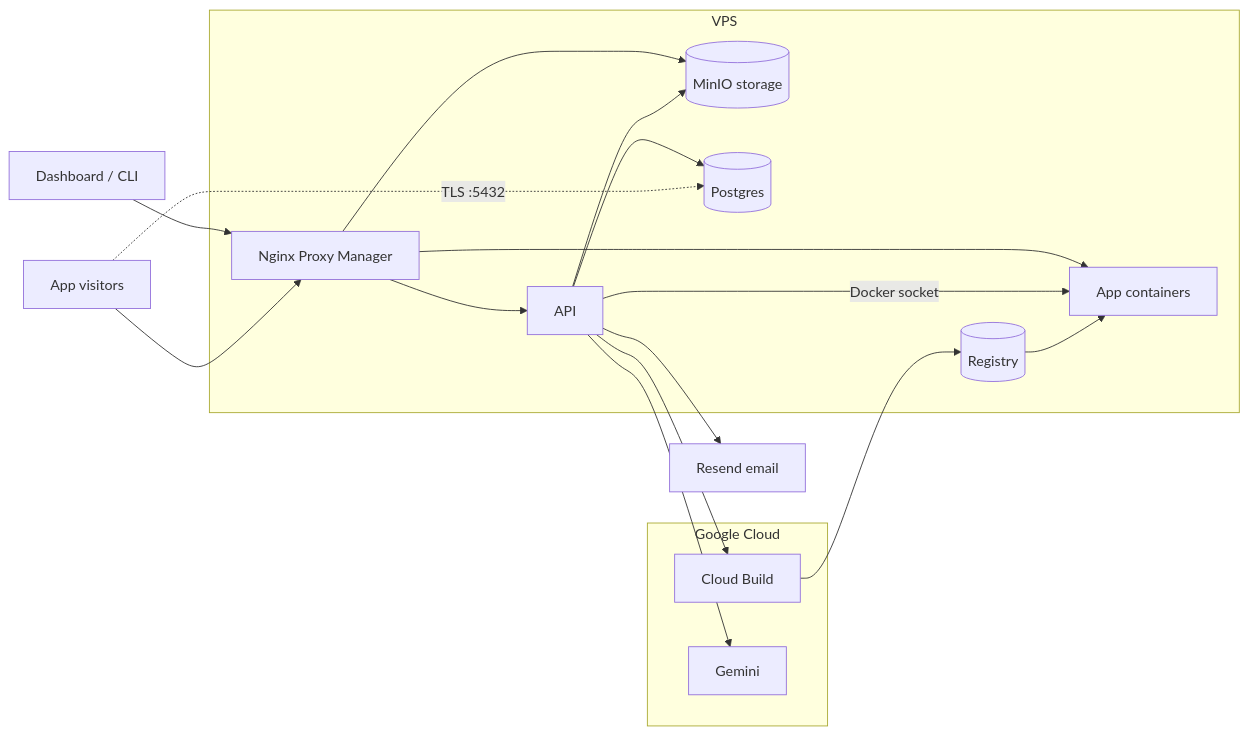
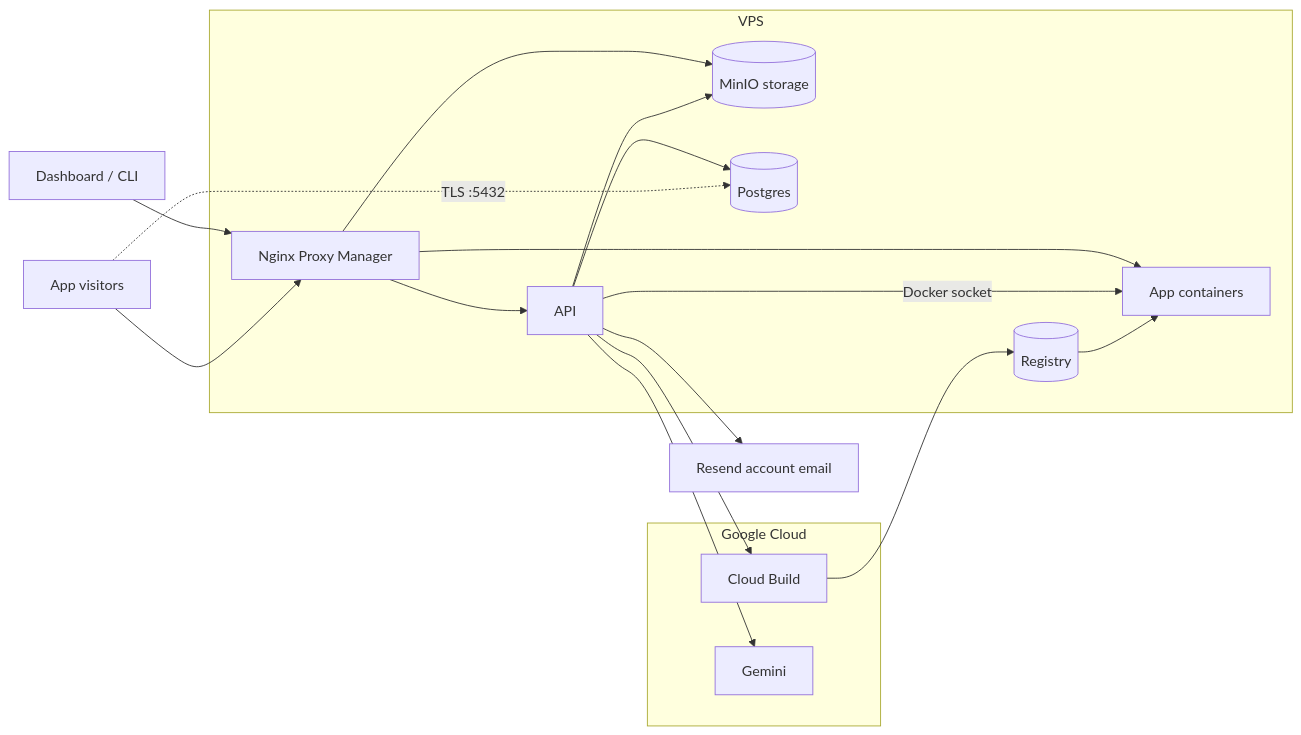
The diagram in README.md (zahinafsar/easyhost), drawn with Mermaid before and after one commit. The commit also changed other lines of this file and 52 other files, not shown here.

````diff
--- a/README.md
+++ b/README.md
@@ -5,26 +5,26 @@
 ```mermaid
 flowchart LR
     User[Dashboard / CLI] --> NPM[Nginx Proxy Manager]
     Visitor[App visitors] --> NPM
 
     subgraph VPS
         NPM --> API[API]
         NPM --> MinIO[(MinIO storage)]
         NPM --> Apps[App containers]
         API --> PG[(Postgres)]
         API --> MinIO
         API -->|Docker socket| Apps
         Registry[(Registry)] --> Apps
     end
 
     subgraph Google Cloud
         GCB[Cloud Build]
         Gemini[Gemini]
     end
 
     API --> GCB
     GCB --> Registry
     API --> Gemini
-    API --> Resend[Resend email]
+    API --> Resend[Resend account email]
     Visitor -.->|TLS :5432| PG
 ```
````
